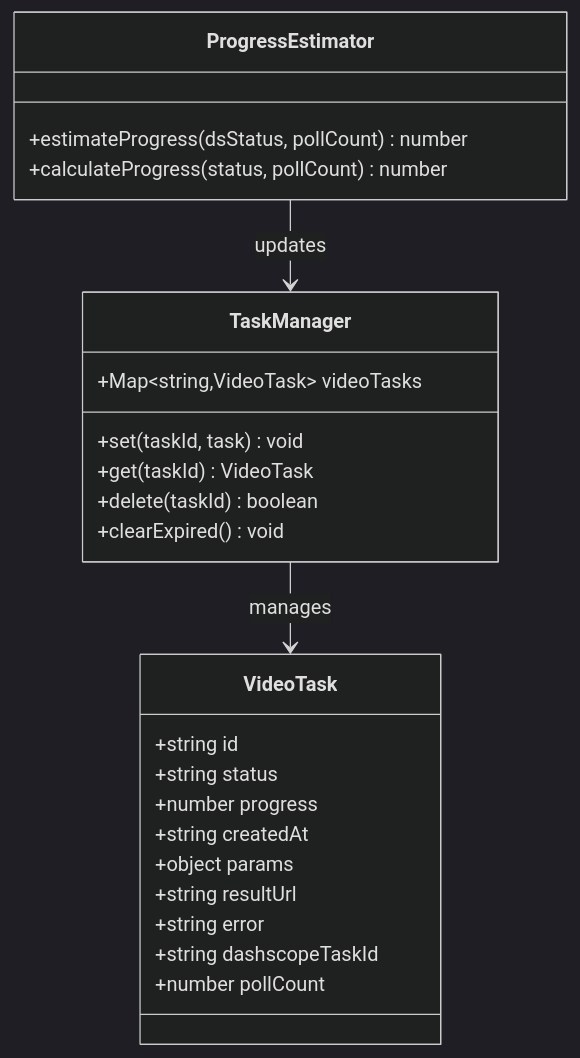
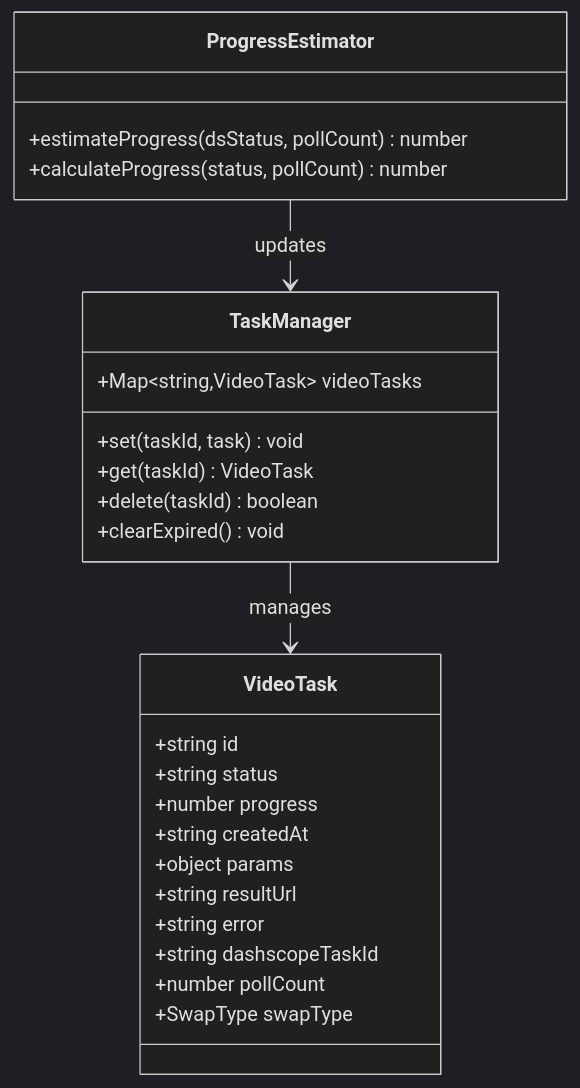
The second of 9 diagrams in .qoder/repowiki/zh/content/Video Generation Pipeline.md (zuozuoliu740-cmd/xianxiong-news), drawn with Mermaid (dark theme) before and after one commit. The commit also changed other lines of this file and 4 other files, not shown here.

````diff
--- a/.qoder/repowiki/zh/content/Video Generation Pipeline.md
+++ b/.qoder/repowiki/zh/content/Video Generation Pipeline.md
@@ -94,27 +111,28 @@
 ```mermaid
 classDiagram
 class VideoTask {
 +string id
 +string status
 +number progress
 +string createdAt
 +object params
 +string resultUrl
 +string error
 +string dashscopeTaskId
 +number pollCount
++SwapType swapType
 }
 class TaskManager {
 +Map~string,VideoTask~ videoTasks
 +set(taskId, task) void
 +get(taskId) VideoTask
 +delete(taskId) boolean
 +clearExpired() void
 }
 class ProgressEstimator {
 +estimateProgress(dsStatus, pollCount) number
 +calculateProgress(status, pollCount) number
 }
 TaskManager --> VideoTask : manages
 ProgressEstimator --> TaskManager : updates
 ```
````
